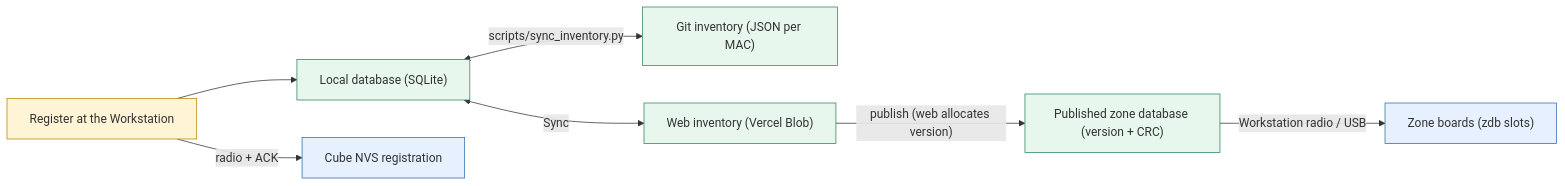
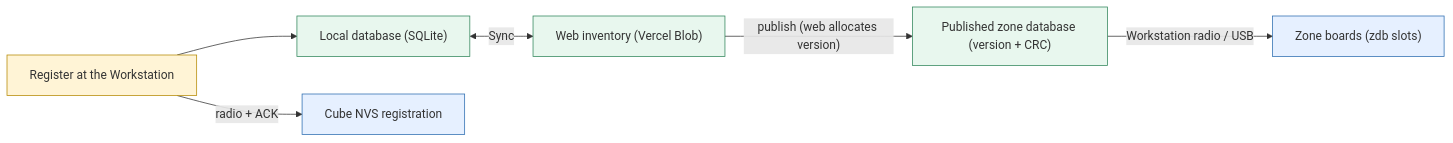
The diagram in console/docs/handover_v2/extended/X08-inventory-sync.md (elliotwoods/jinhee-sos), drawn with Mermaid before and after one commit. The commit also changed other lines of this file and 12 other files, not shown here.

````diff
--- a/console/docs/handover_v2/extended/X08-inventory-sync.md
+++ b/console/docs/handover_v2/extended/X08-inventory-sync.md
@@ -21,19 +20,17 @@
 ```mermaid
 flowchart LR
   L["Local database (SQLite)"]:::data
-  G["Git inventory (JSON per MAC)"]:::data
   W["Web inventory (Vercel Blob)"]:::data
   P["Published zone database (version + CRC)"]:::data
   C["Cube NVS registration"]:::dev
   Z["Zone boards (zdb slots)"]:::dev
   R["Register at the Workstation"]:::op
-  L <-->|"scripts/sync_inventory.py"| G
   L <-->|"Sync"| W
   W -->|"publish (web allocates version)"| P
   P -->|"Workstation radio / USB"| Z
   R --> L
   R -->|"radio + ACK"| C
   classDef op fill:#fff4d6,stroke:#b58900
   classDef dev fill:#e6f0ff,stroke:#2b6cb0
   classDef data fill:#e8f7ee,stroke:#2f855a
 ```
````
